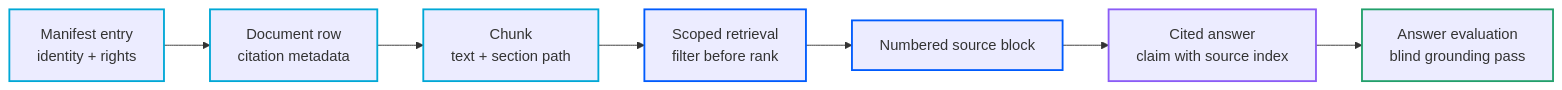
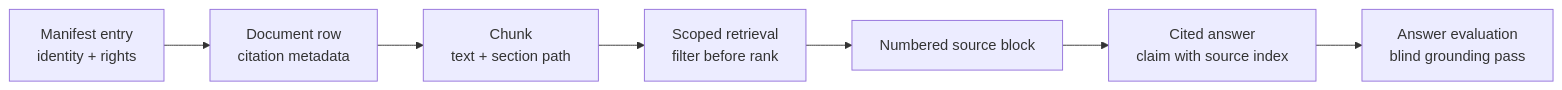
The diagram in docs/evidence-and-rights.md (sustainability-software-lab/sci-rag-kit), drawn with Mermaid before and after one commit. The commit also changed 19 other files, not shown here.

````diff
--- a/docs/evidence-and-rights.md
+++ b/docs/evidence-and-rights.md
@@ -12,18 +12,9 @@
 ```mermaid
 flowchart LR
   A[Manifest entry<br/>identity + rights] --> B[Document row<br/>citation metadata]
   B --> C[Chunk<br/>text + section path]
   C --> D[Scoped retrieval<br/>filter before rank]
   D --> E[Numbered source block]
   E --> F[Cited answer<br/>claim with source index]
   F --> G[Answer evaluation<br/>blind grounding pass]
-
-  classDef source stroke:#00a8d6,stroke-width:2px
-  classDef process stroke:#005bfd,stroke-width:2px
-  classDef graphNode stroke:#8b5cf6,stroke-width:2px
-  classDef verify stroke:#22a06b,stroke-width:2px
-  class A,B,C source
-  class D,E process
-  class F graphNode
-  class G verify
 ```
````
